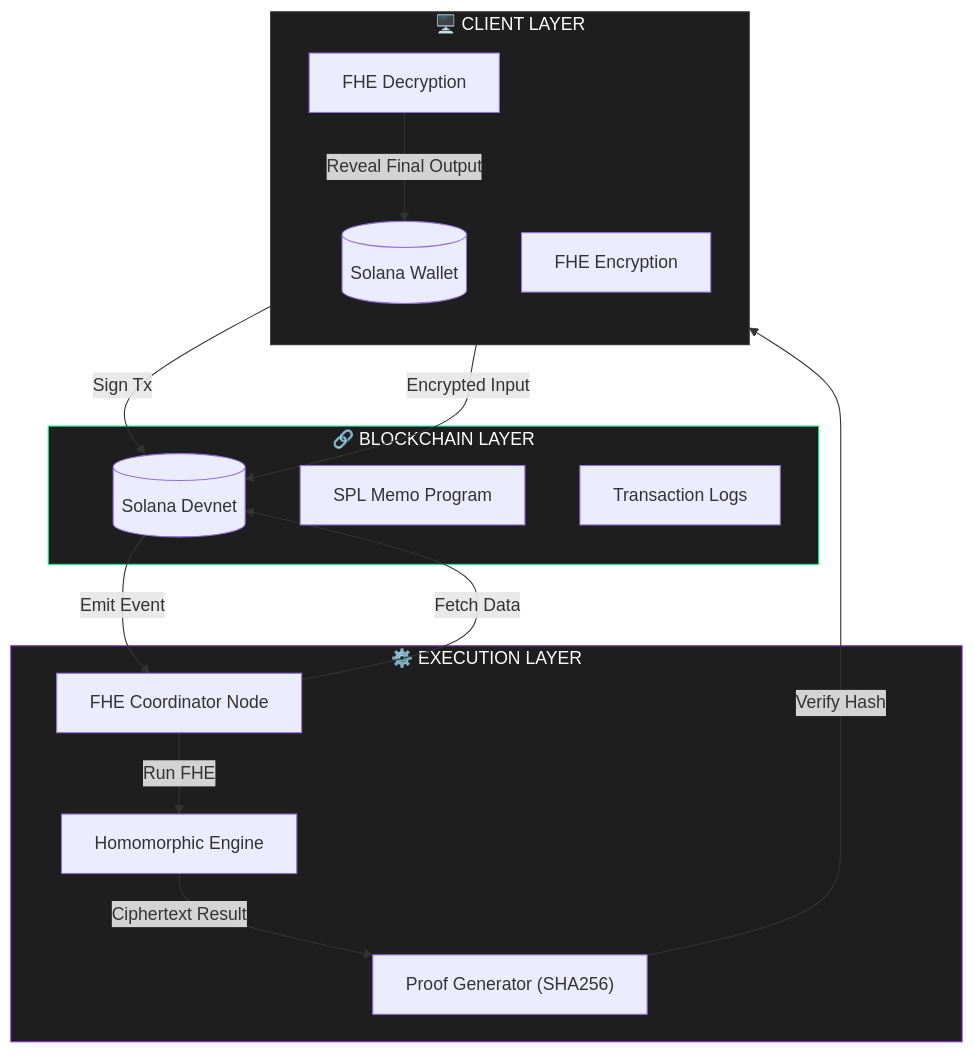
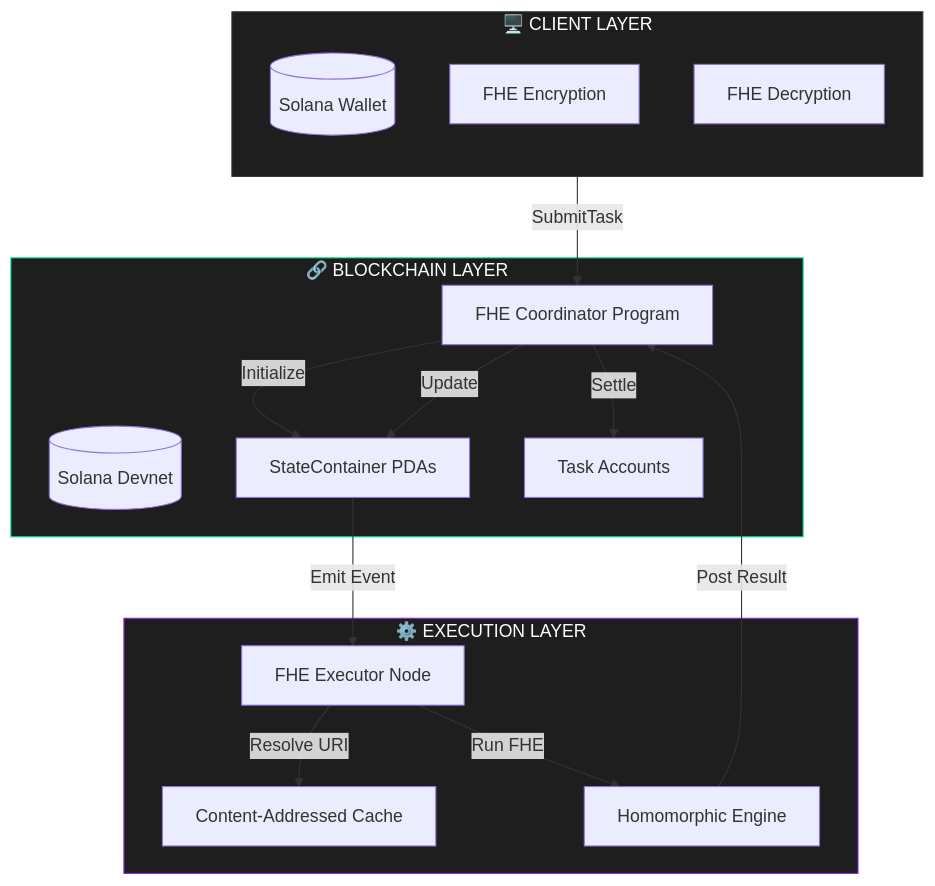
One commit to fhestate/fhestate-rs changed the diagram in docs/ARCHITECTURE.md. Above: the diagram before and after it, drawn with Mermaid. The commit also changed other lines of this file and 6 other files, not shown here.

````diff
--- a/docs/ARCHITECTURE.md
+++ b/docs/ARCHITECTURE.md
@@ -34,38 +34,39 @@
 ```mermaid
 flowchart TB
     subgraph Client ["🖥️ CLIENT LAYER"]
         direction TB
         Wallet[("Solana Wallet")]
         Encrypt["FHE Encryption"]
         Decrypt["FHE Decryption"]
     end
 
     subgraph Blockchain ["🔗 BLOCKCHAIN LAYER"]
         Solana[("Solana Devnet")]
-        Memo["SPL Memo Program"]
-        Logs["Transaction Logs"]
+        Program["FHE Coordinator Program"]
+        PDA["StateContainer PDAs"]
+        Tasks["Task Accounts"]
     end
 
     subgraph Execution ["⚙️ EXECUTION LAYER"]
-        Node["FHE Coordinator Node"]
+        Node["FHE Executor Node"]
         Compute["Homomorphic Engine"]
-        Proof["Proof Generator (SHA256)"]
+        Cache["Content-Addressed Cache"]
     end
 
     %% Flows
-    Wallet -->|Sign Tx| Solana
-    Encrypt -->|Encrypted Input| Solana
-    Solana -->|Emit Event| Node
-    Node -->|Fetch Data| Solana
+    Wallet -->|SubmitTask| Program
+    Program -->|Initialize| PDA
+    PDA -->|Emit Event| Node
+    Node -->|Resolve URI| Cache
     Node -->|Run FHE| Compute
-    Compute -->|Ciphertext Result| Proof
     
     %% Return Path
-    Proof -->|Verify Hash| Decrypt
-    Decrypt -->|Reveal Final Output| Wallet
+    Compute -->|Post Result| Program
+    Program -->|Update| PDA
+    Program -->|Settle| Tasks
 
     %% Styles
     style Client fill:#1e1e1e,stroke:#333,color:#fff
     style Blockchain fill:#1e1e1e,stroke:#14F195,color:#fff
     style Execution fill:#1e1e1e,stroke:#8A2BE2,color:#fff
 ```
````
